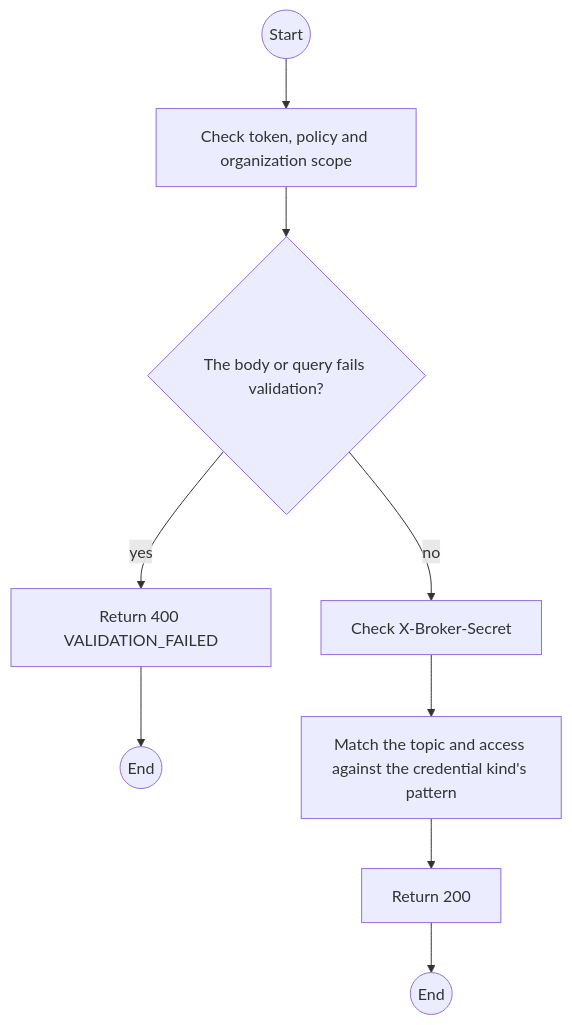
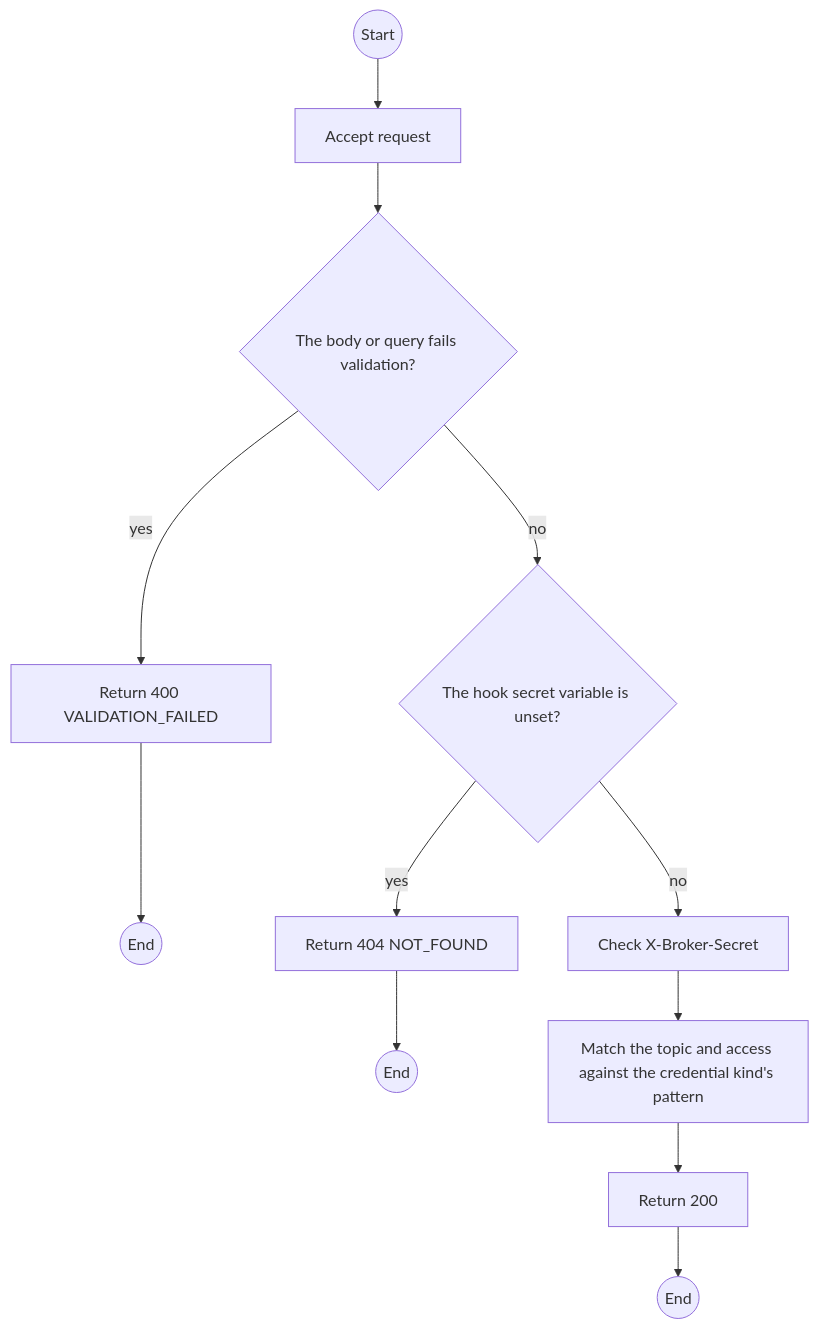
Before and after one commit to TrekLink-Team/treklink-web: the first of 2 diagrams in specs/gateway-sync/api-design/02-post-internal-mqtt-acl.md, drawn with Mermaid. The commit also changed other lines of this file and 5 other files, not shown here.

````diff
--- a/specs/gateway-sync/api-design/02-post-internal-mqtt-acl.md
+++ b/specs/gateway-sync/api-design/02-post-internal-mqtt-acl.md
@@ -149,18 +132,23 @@
 ```mermaid
 flowchart TB
     S((Start))
-    A0["Check token, policy and organization scope"]
+    A0["Accept request"]
     S --> A0
     D1{"The body or query fails validation?"}
     A0 --> D1
     E1["Return 400 VALIDATION_FAILED"]
     D1 -->|yes| E1
     E1 --> X1((End))
+    D2{"The hook secret variable is unset?"}
+    D1 -->|no| D2
+    E2["Return 404 NOT_FOUND"]
+    D2 -->|yes| E2
+    E2 --> X2((End))
     P0["Check X-Broker-Secret"]
-    D1 -->|no| P0
+    D2 -->|no| P0
     P1["Match the topic and access against the credential kind's pattern"]
     P0 --> P1
     OK["Return 200"]
     P1 --> OK
     OK --> Z((End))
 ```
````
